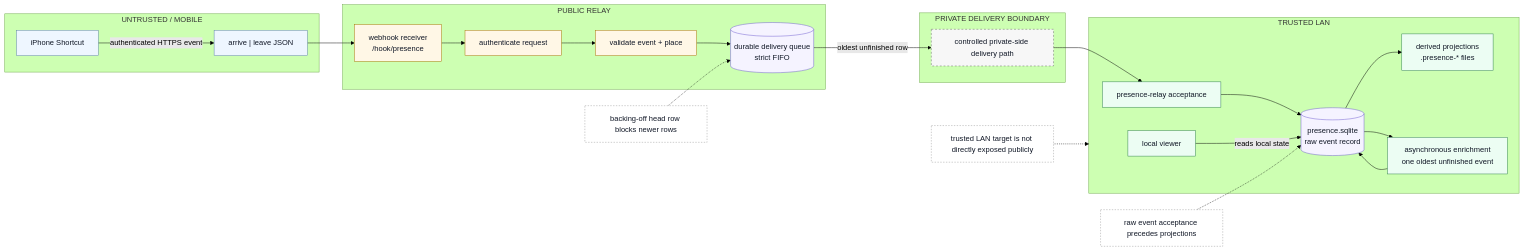
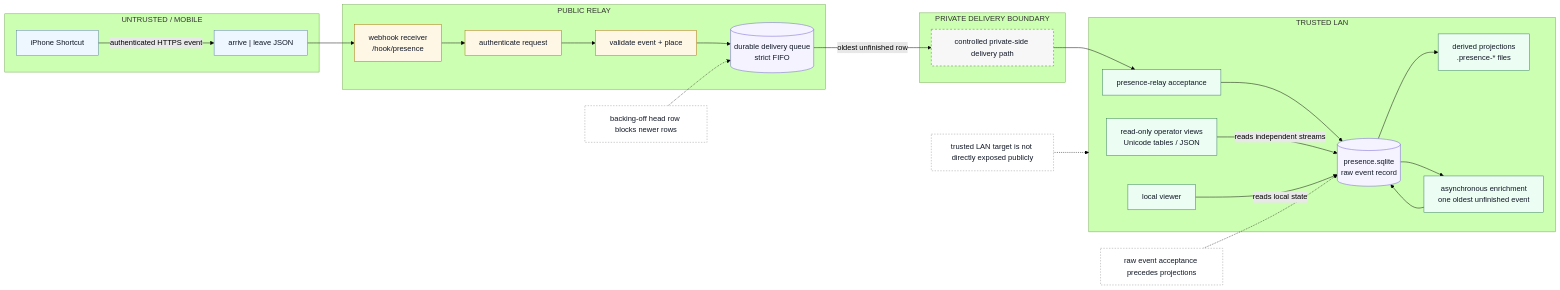
One commit to broeneatsdinner/presence-relay changed the first of 4 diagrams in docs/architecture-diagrams.md. Above: the diagram before and after it, drawn with Mermaid (forest theme). The commit also changed other lines of this file and 16 other files, not shown here.

Commit message:
Document doorway correlation operator views

````diff
--- a/docs/architecture-diagrams.md
+++ b/docs/architecture-diagrams.md
@@ -17,61 +17,63 @@
 ```mermaid
 flowchart LR
 	subgraph mobile["UNTRUSTED / MOBILE"]
 		shortcut["iPhone Shortcut"]
 		payload["arrive | leave JSON"]
 	end
 
 	subgraph relay["PUBLIC RELAY"]
 		webhook["webhook receiver<br/>/hook/presence"]
 		auth["authenticate request"]
 		validate["validate event + place"]
 		queue[("durable delivery queue<br/>strict FIFO")]
 	end
 
 	subgraph boundary["PRIVATE DELIVERY BOUNDARY"]
 		delivery["controlled private-side delivery path"]
 	end
 
 	subgraph lan["TRUSTED LAN"]
 		accept["presence-relay acceptance"]
 		db[("presence.sqlite<br/>raw event record")]
 		projections["derived projections<br/>.presence-* files"]
 		enrich["asynchronous enrichment<br/>one oldest unfinished event"]
+		operator["read-only operator views<br/>Unicode tables / JSON"]
 		viewer["local viewer"]
 	end
 
 	shortcut -->|"authenticated HTTPS event"| payload
 	payload --> webhook
 	webhook --> auth
 	auth --> validate
 	validate --> queue
 	queue -->|"oldest unfinished row"| delivery
 	delivery --> accept
 	accept --> db
 	db --> projections
 	db --> enrich
 	enrich --> db
+	operator -->|"reads independent streams"| db
 	viewer -->|"reads local state"| db
 
 	lan_note["trusted LAN target is not directly exposed publicly"]
 	queue_note["backing-off head row blocks newer rows"]
 	db_note["raw event acceptance precedes projections"]
 
 	lan_note -.-> lan
 	queue_note -.-> queue
 	db_note -.-> db
 
 	classDef edge fill:#eef6ff,stroke:#5b7fa6,color:#111827
 	classDef public fill:#fff7e6,stroke:#a66f00,color:#111827
 	classDef boundary fill:#f7f7f7,stroke:#666,color:#111827,stroke-dasharray: 4 4
 	classDef trusted fill:#ecfdf3,stroke:#2f7d4f,color:#111827
 	classDef storage fill:#f5f3ff,stroke:#6d5bd0,color:#111827
 	classDef note fill:#ffffff,stroke:#999,color:#111827,stroke-dasharray: 3 3
 
 	class shortcut,payload edge
 	class webhook,auth,validate public
 	class delivery boundary
-	class accept,projections,enrich,viewer trusted
+	class accept,projections,enrich,operator,viewer trusted
 	class queue,db storage
 	class lan_note,queue_note,db_note note
 ```
````
